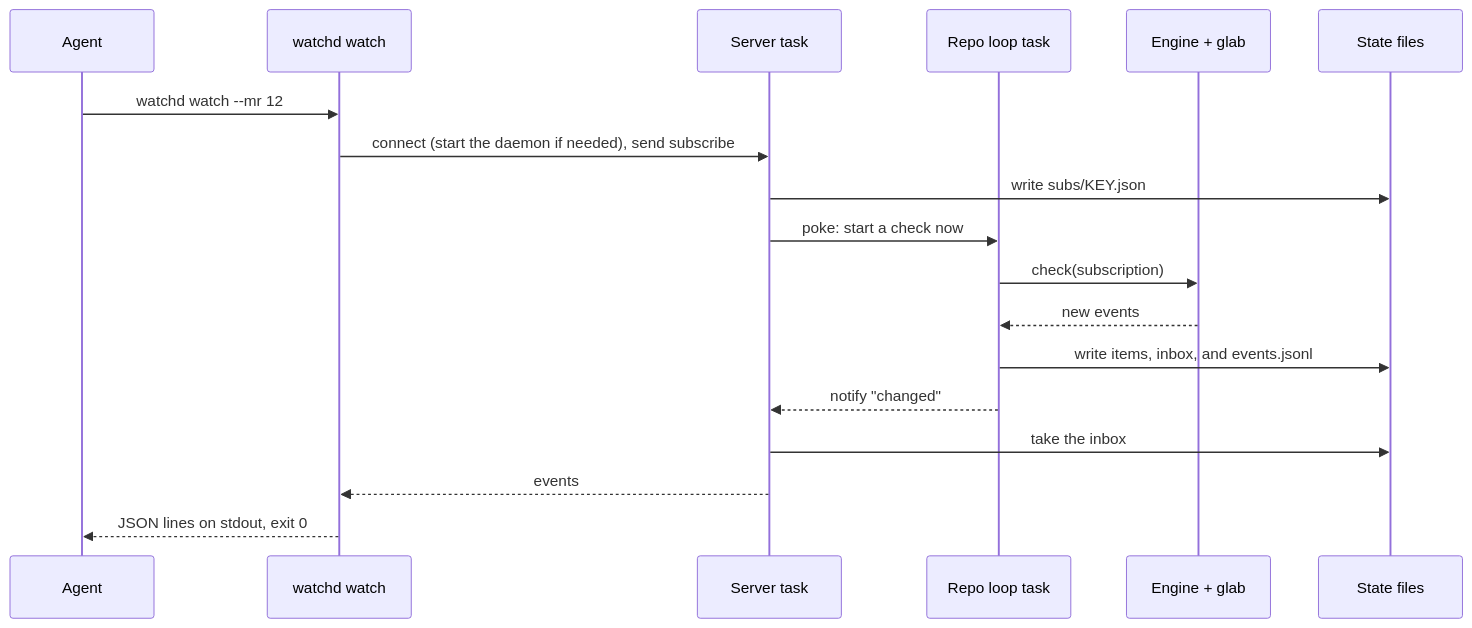
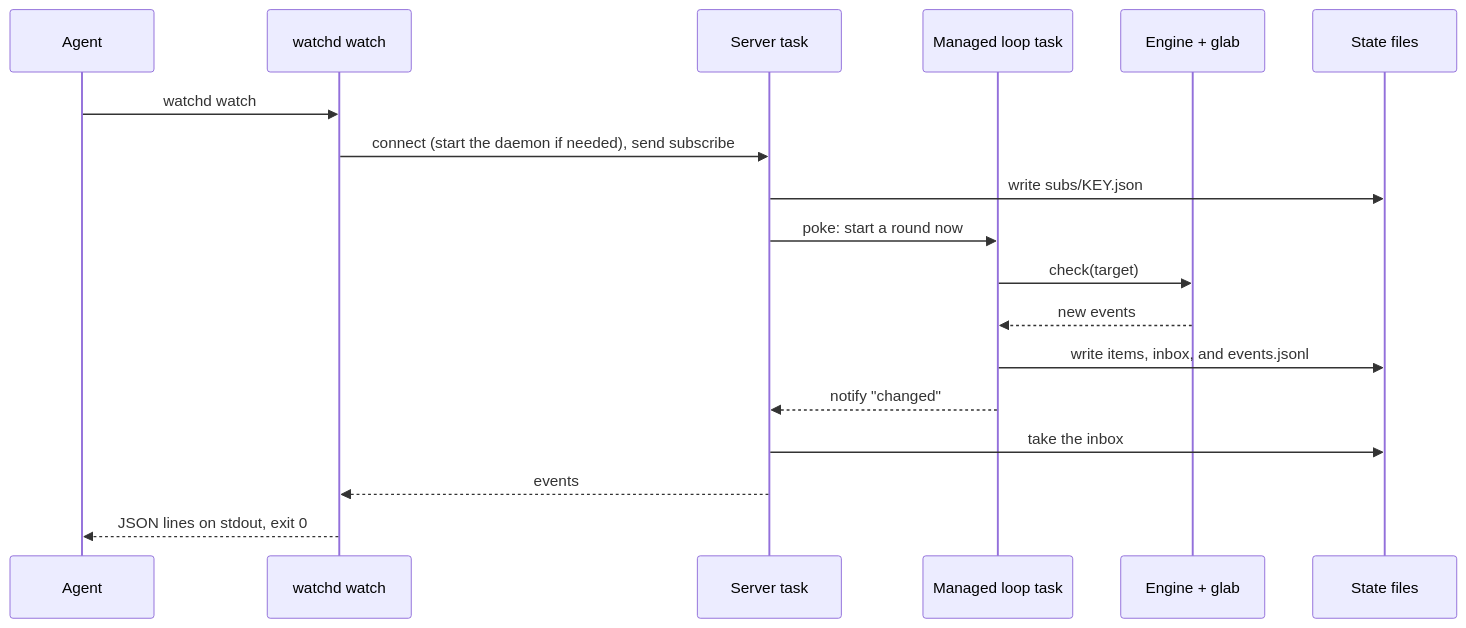
Before and after one commit to AlexKrupa/.dotfiles: the second of 3 diagrams in dot_config/agents/daemon/README.md, drawn with Mermaid. The commit also changed other lines of this file and 23 other files, not shown here.

````diff
--- a/dot_config/agents/daemon/README.md
+++ b/dot_config/agents/daemon/README.md
@@ -42,20 +67,20 @@
 ```mermaid
 sequenceDiagram
   participant A as Agent
   participant C as watchd watch
   participant S as Server task
-  participant R as Repo loop task
+  participant R as Managed loop task
   participant E as Engine + glab
   participant F as State files
-  A->>C: watchd watch --mr 12
+  A->>C: watchd watch
   C->>S: connect (start the daemon if needed), send subscribe
   S->>F: write subs/KEY.json
-  S->>R: poke: start a check now
-  R->>E: check(subscription)
+  S->>R: poke: start a round now
+  R->>E: check(target)
   E-->>R: new events
   R->>F: write items, inbox, and events.jsonl
   R-->>S: notify "changed"
   S->>F: take the inbox
   S-->>C: events
   C-->>A: JSON lines on stdout, exit 0
 ```
````
